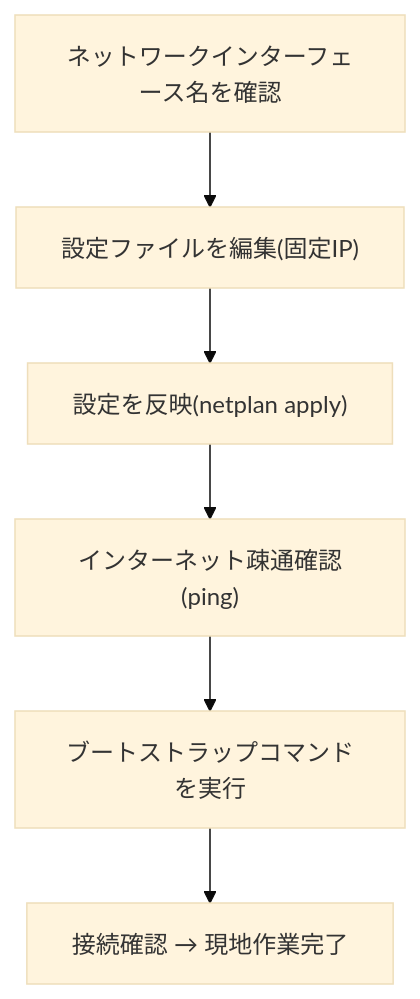
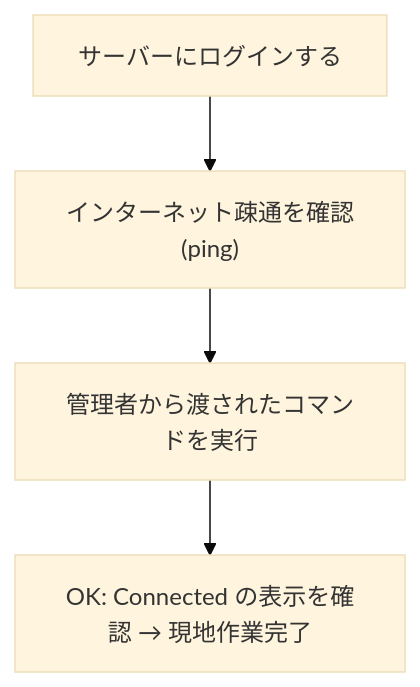
Before and after one commit to morinoparty/moripa-infra: the diagram in docs/content/docs/onsite/network.mdx, drawn with Mermaid (base theme). The commit also changed other lines of this file and 15 other files, not shown here.

````diff
--- a/docs/content/docs/onsite/network.mdx
+++ b/docs/content/docs/onsite/network.mdx
@@ -18,8 +17,6 @@
 ```mermaid
 flowchart TD
-    A["ネットワークインターフェース名を確認"] --> B["設定ファイルを編集(固定IP)"]
-    B --> C["設定を反映(netplan apply)"]
-    C --> D["インターネット疎通確認(ping)"]
-    D --> E["ブートストラップコマンドを実行"]
-    E --> F["接続確認 → 現地作業完了"]
+    A["サーバーにログインする"] --> B["インターネット疎通を確認(ping)"]
+    B --> C["管理者から渡されたコマンドを実行"]
+    C --> D["OK: Connected の表示を確認 → 現地作業完了"]
 ```
````
